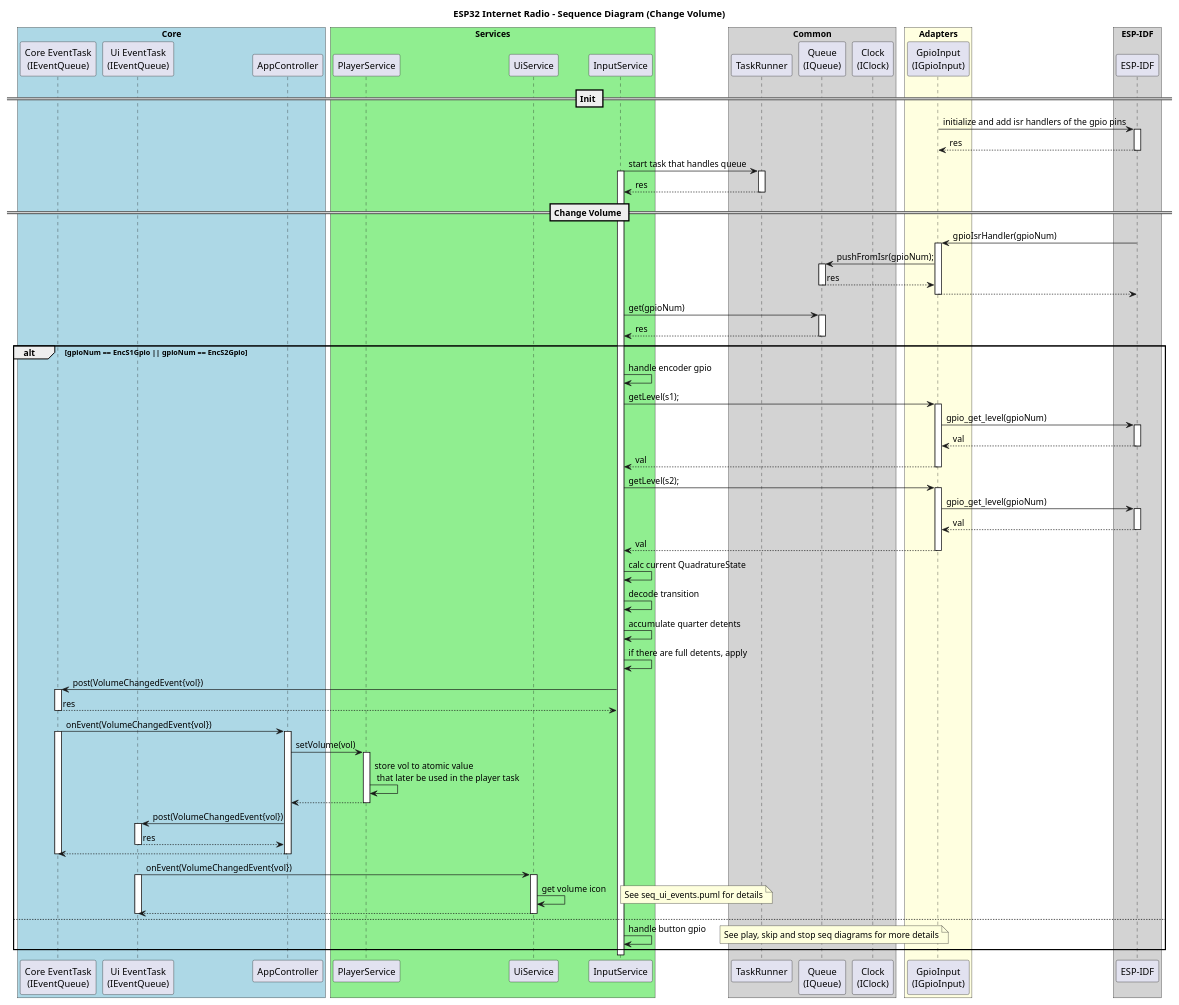
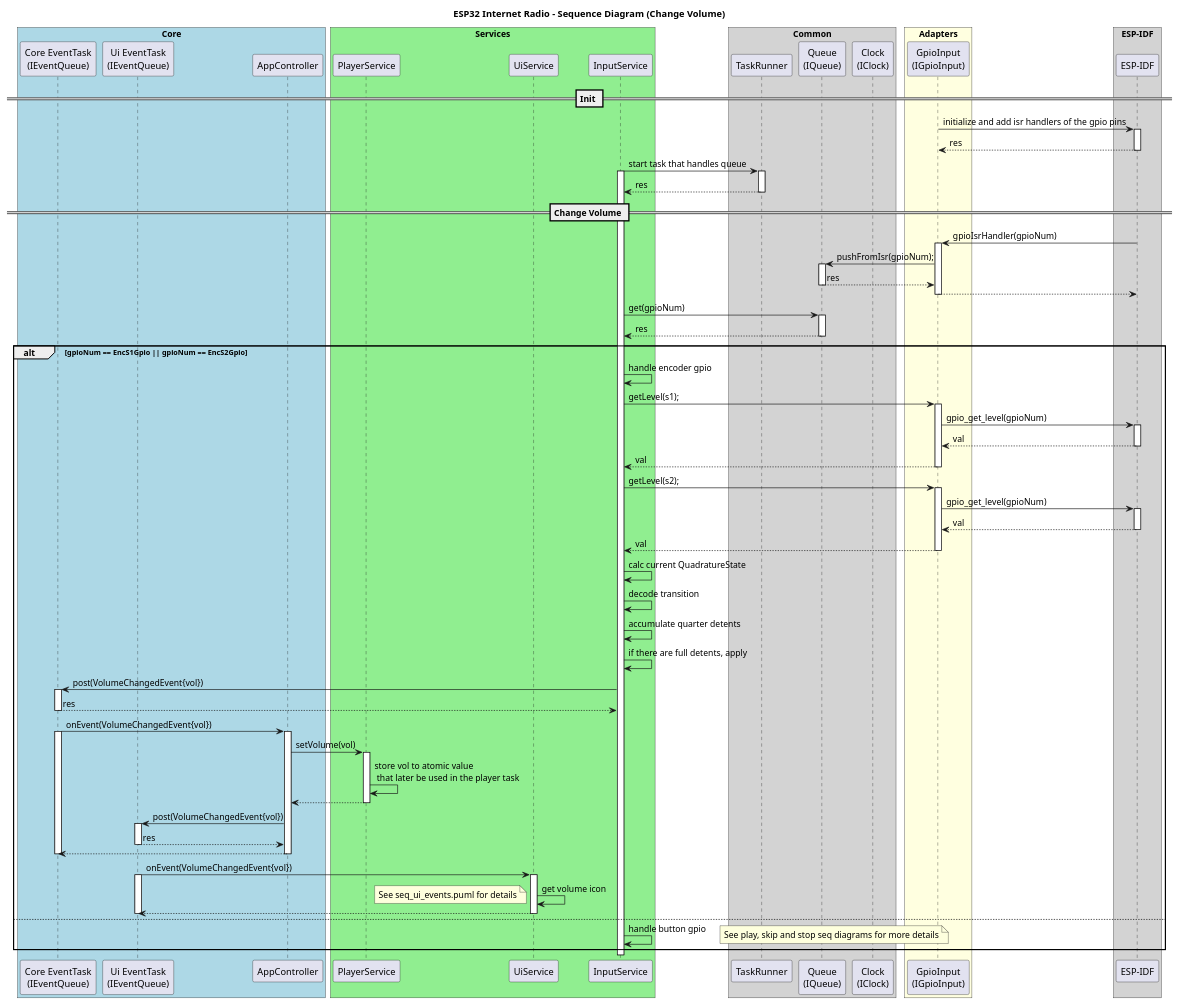
One commit to ArturChechui/esp_radio changed the diagram in docs/diagrams/sequence/seq_change_volume.puml. Above: the diagram before and after it, drawn with PlantUML. The commit also changed 19 other files, not shown here.

```diff
--- a/docs/diagrams/sequence/seq_change_volume.puml
+++ b/docs/diagrams/sequence/seq_change_volume.puml
@@ -1,90 +1,90 @@
 @startuml seq_change_volume.puml
 title ESP32 Internet Radio - Sequence Diagram (Change Volume)
 
 box "Core" #LightBlue
 participant "Core EventTask\n(IEventQueue)" as CET
 participant "Ui EventTask\n(IEventQueue)" as UET
 participant "AppController" as AC
 end box
 
 box "Services" #LightGreen
 participant "PlayerService" as PL
 participant "UiService" as UI
 participant "InputService" as IS
 end box
 
 box "Common" #LightGray
 participant "TaskRunner" as TR
 participant "Queue\n(IQueue)" as Q
 participant "Clock\n(IClock)" as C
 end box
 
 box "Adapters" #LightYellow
 participant "GpioInput\n(IGpioInput)" as GI
 end box
 
 
 box "ESP-IDF" #LightGray
 participant "ESP-IDF" as IDF
 end box
 
 == Init ==
 GI -> IDF ++: initialize and add isr handlers of the gpio pins
 return res
 IS -> TR ++: start task that handles queue
 activate IS
 return res
 
 == Change Volume ==
 
 IDF  -> GI ++: gpioIsrHandler(gpioNum)
 GI -> Q ++: pushFromIsr(gpioNum);
 return res
 return
 
 IS -> Q ++: get(gpioNum)
 return res
 
 alt gpioNum == EncS1Gpio || gpioNum == EncS2Gpio
     IS -> IS: handle encoder gpio
     IS -> GI ++: getLevel(s1);
     GI -> IDF ++: gpio_get_level(gpioNum)
     return val
     return val
     IS -> GI ++: getLevel(s2);
     GI -> IDF ++: gpio_get_level(gpioNum)
     return val
     return val
     IS -> IS: calc current QuadratureState
     IS -> IS: decode transition
     IS -> IS: accumulate quarter detents
     IS -> IS: if there are full detents, apply
     IS -> CET ++: post(VolumeChangedEvent{vol})
     return res
 
    
     CET -> AC++: onEvent(VolumeChangedEvent{vol})
     activate CET
     AC -> PL++: setVolume(vol)
     PL -> PL: store vol to atomic value \n that later be used in the player task
     return
     AC -> UET ++: post(VolumeChangedEvent{vol})
     return res
     return
     deactivate CET
 
     UET -> UI++: onEvent(VolumeChangedEvent{vol})
     activate UET
     UI -> UI: get volume icon
-    note right
+    note left
         See seq_ui_events.puml for details
     end note
     return
     deactivate UET
 else
     IS -> IS: handle button gpio
     note right
         See play, skip and stop seq diagrams for more details
     end note
 end
 @enduml
```
